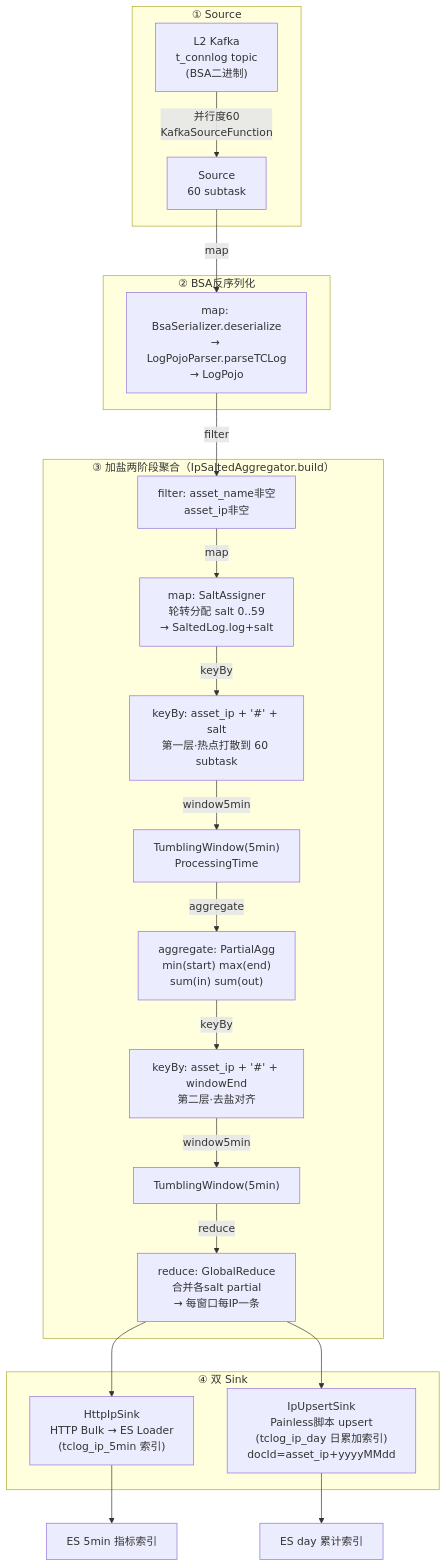
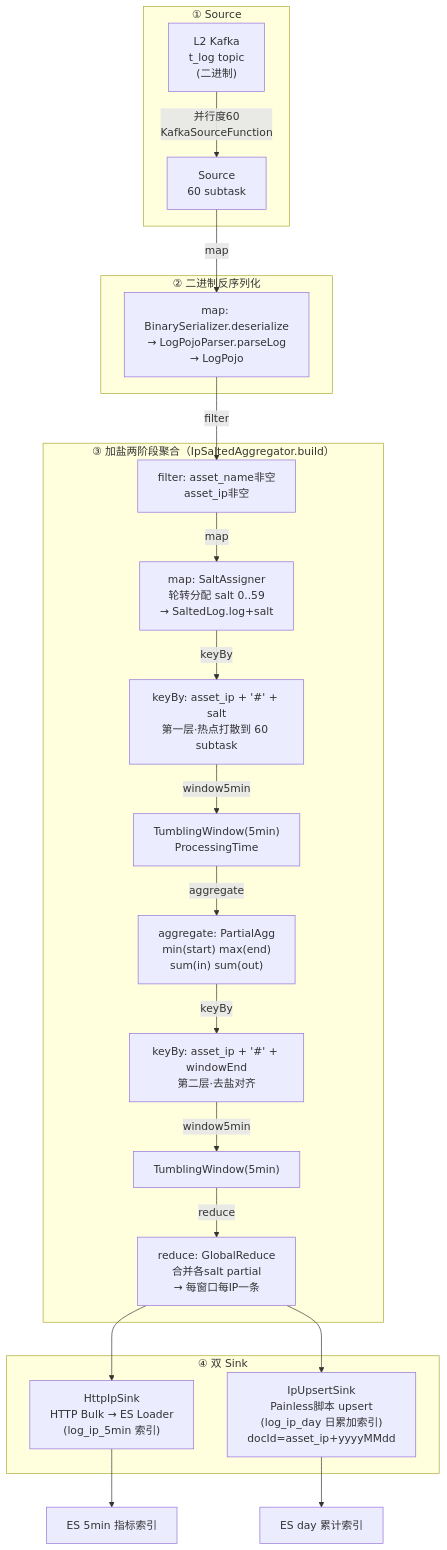
The second of 2 diagrams in flink/flink-basics-tutorial.md (zhubaoxiang/wiki), drawn with Mermaid before and after one commit. The commit also changed other lines of this file and 1 other file, not shown here.

````diff
--- a/flink/flink-basics-tutorial.md
+++ b/flink/flink-basics-tutorial.md
@@ -231,29 +231,29 @@
 ```mermaid
 flowchart TD
     subgraph src["① Source"]
-        K["L2 Kafka<br/>t_connlog topic<br/>(BSA二进制)"] -->|"并行度60<br/>KafkaSourceFunction"| S["Source<br/>60 subtask"]
+        K["L2 Kafka<br/>t_log topic<br/>(二进制)"] -->|"并行度60<br/>KafkaSourceFunction"| S["Source<br/>60 subtask"]
     end
 
-    subgraph map1["② BSA反序列化"]
-        S -->|map| D["map: BsaSerializer.deserialize<br/>→ LogPojoParser.parseTCLog<br/>→ LogPojo"]
+    subgraph map1["② 二进制反序列化"]
+        S -->|map| D["map: BinarySerializer.deserialize<br/>→ LogPojoParser.parseLog<br/>→ LogPojo"]
     end
 
     subgraph agg["③ 加盐两阶段聚合（IpSaltedAggregator.build）"]
         D -->|filter| F["filter: asset_name非空<br/>asset_ip非空"]
         F -->|map| SA["map: SaltAssigner<br/>轮转分配 salt 0..59<br/>→ SaltedLog.log+salt"]
         SA -->|keyBy| K1["keyBy: asset_ip + '#' + salt<br/>第一层·热点打散到 60 subtask"]
         K1 -->|window5min| W1["TumblingWindow(5min)<br/>ProcessingTime"]
         W1 -->|aggregate| PA["aggregate: PartialAgg<br/>min(start) max(end)<br/>sum(in) sum(out)"]
         PA -->|keyBy| K2["keyBy: asset_ip + '#' + windowEnd<br/>第二层·去盐对齐"]
         K2 -->|window5min| W2["TumblingWindow(5min)"]
         W2 -->|reduce| GR["reduce: GlobalReduce<br/>合并各salt partial<br/>→ 每窗口每IP一条"]
     end
 
     subgraph sink["④ 双 Sink"]
-        GR --> H["HttpIpSink<br/>HTTP Bulk → ES Loader<br/>(tclog_ip_5min 索引)"]
-        GR --> U["IpUpsertSink<br/>Painless脚本 upsert<br/>(tclog_ip_day 日累加索引)<br/>docId=asset_ip+yyyyMMdd"]
+        GR --> H["HttpIpSink<br/>HTTP Bulk → ES Loader<br/>(log_ip_5min 索引)"]
+        GR --> U["IpUpsertSink<br/>Painless脚本 upsert<br/>(log_ip_day 日累加索引)<br/>docId=asset_ip+yyyyMMdd"]
     end
 
     H --> ES1["ES 5min 指标索引"]
     U --> ES2["ES day 累计索引"]
 ```
````
